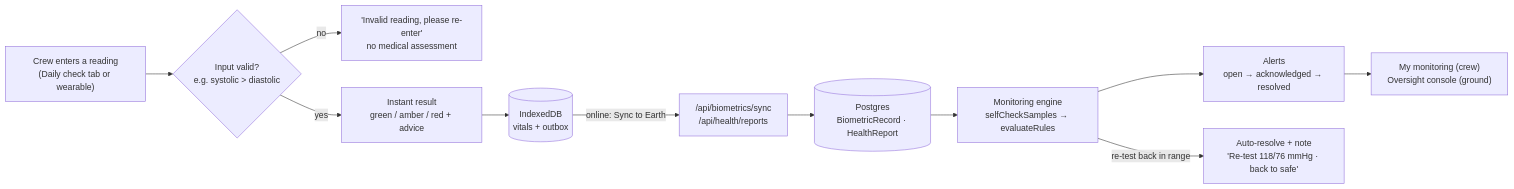
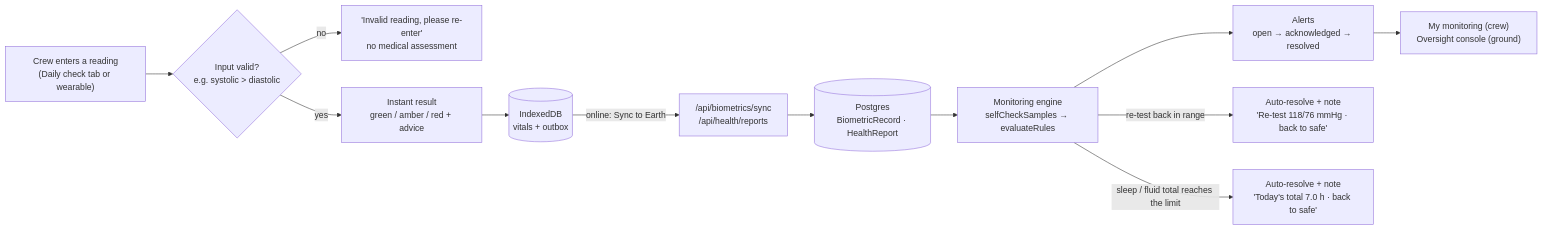
The fourth of 5 diagrams in docs/ARCHITECTURE.md (Planet-Coders/AstroMed), drawn with Mermaid before and after one commit. The commit also changed other lines of this file and 4 other files, not shown here.

````diff
--- a/docs/ARCHITECTURE.md
+++ b/docs/ARCHITECTURE.md
@@ -112,13 +112,14 @@
 ```mermaid
 flowchart LR
   A["Crew enters a reading<br/>(Daily check tab or wearable)"] --> B{"Input valid?<br/>e.g. systolic > diastolic"}
   B -- no --> B1["'Invalid reading, please re-enter'<br/>no medical assessment"]
   B -- yes --> C["Instant result<br/>green / amber / red + advice"]
   C --> D[("IndexedDB<br/>vitals + outbox")]
   D -- "online: Sync to Earth" --> E["/api/biometrics/sync<br/>/api/health/reports"]
   E --> F[("Postgres<br/>BiometricRecord · HealthReport")]
   F --> G["Monitoring engine<br/>selfCheckSamples → evaluateRules"]
   G --> H["Alerts<br/>open → acknowledged → resolved"]
   H --> I["My monitoring (crew)<br/>Oversight console (ground)"]
   G -- "re-test back in range" --> J["Auto-resolve + note<br/>'Re-test 118/76 mmHg · back to safe'"]
+  G -- "sleep / fluid total reaches the limit" --> K["Auto-resolve + note<br/>'Today's total 7.0 h · back to safe'"]
 ```
````
